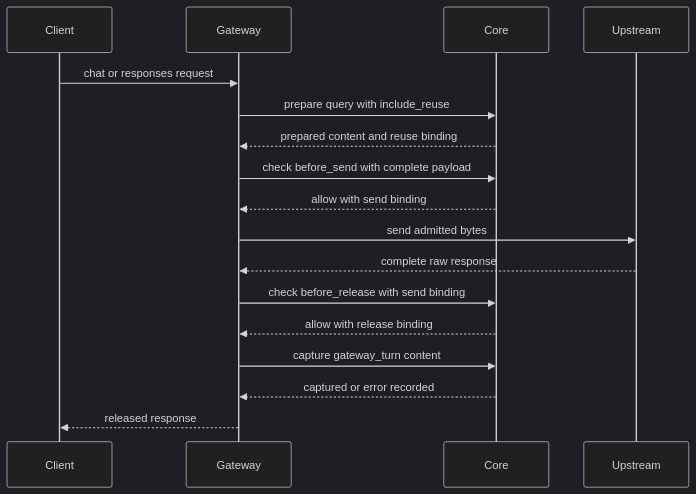
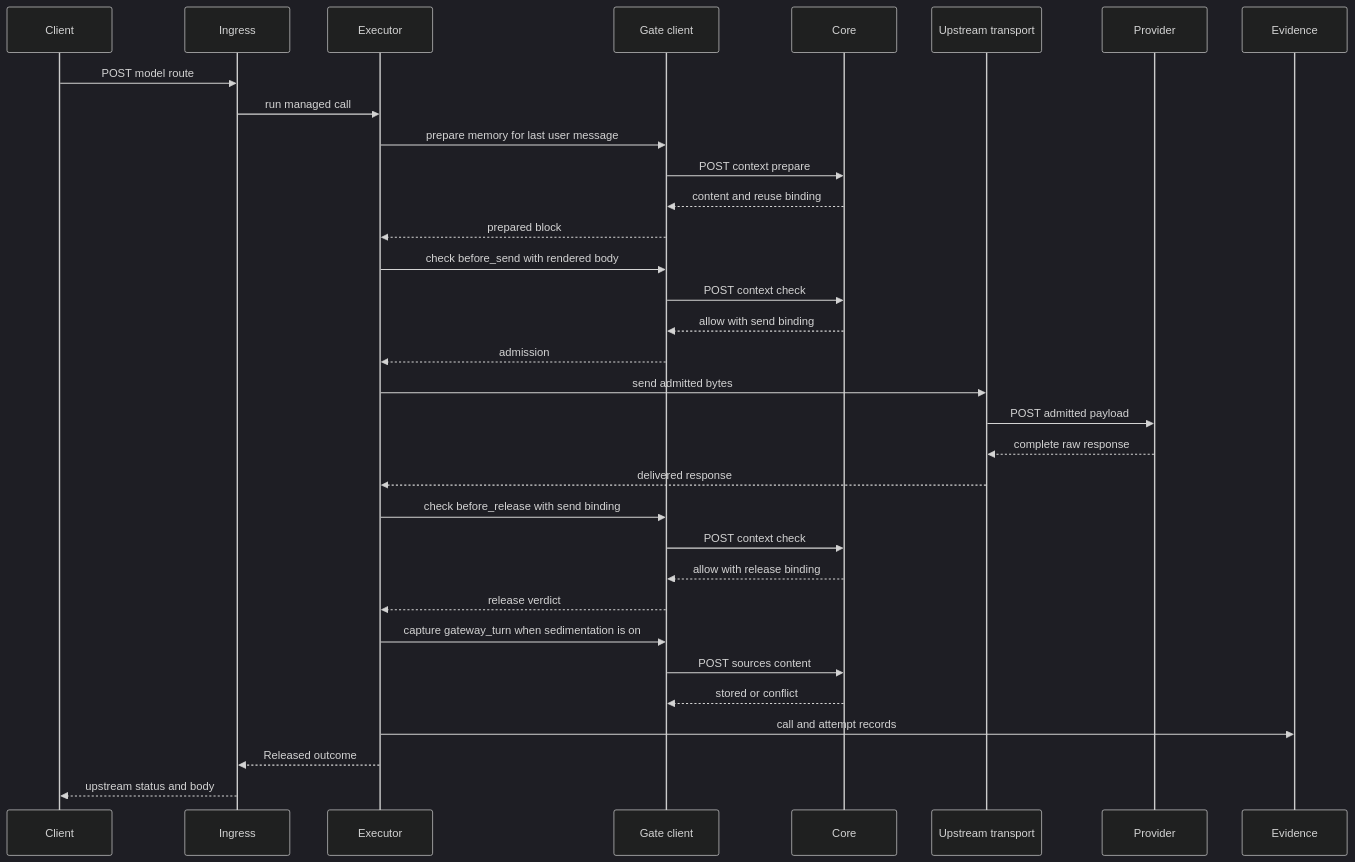
The first of 2 diagrams in openwiki/architecture/gateway.md (vieGPT/powercontext-enigma-agent-memory), drawn with Mermaid (dark theme) before and after one commit. The commit also changed other lines of this file and 69 other files, not shown here.

````diff
--- a/openwiki/architecture/gateway.md
+++ b/openwiki/architecture/gateway.md
@@ -76,19 +86,35 @@
 ```mermaid
 sequenceDiagram
     participant Client
-    participant Gateway
+    participant Ingress
+    participant Executor
+    participant GC as Gate client
     participant Core
-    participant Upstream
-    Client->>Gateway: chat or responses request
-    Gateway->>Core: prepare query with include_reuse
-    Core-->>Gateway: prepared content and reuse binding
-    Gateway->>Core: check before_send with complete payload
-    Core-->>Gateway: allow with send binding
-    Gateway->>Upstream: send admitted bytes
-    Upstream-->>Gateway: complete raw response
-    Gateway->>Core: check before_release with send binding
-    Core-->>Gateway: allow with release binding
-    Gateway->>Core: capture gateway_turn content
-    Core-->>Gateway: captured or error recorded
-    Gateway-->>Client: released response
+    participant TX as Upstream transport
+    participant Provider
+    participant Evidence
+    Client->>Ingress: POST model route
+    Ingress->>Executor: run managed call
+    Executor->>GC: prepare memory for last user message
+    GC->>Core: POST context prepare
+    Core-->>GC: content and reuse binding
+    GC-->>Executor: prepared block
+    Executor->>GC: check before_send with rendered body
+    GC->>Core: POST context check
+    Core-->>GC: allow with send binding
+    GC-->>Executor: admission
+    Executor->>TX: send admitted bytes
+    TX->>Provider: POST admitted payload
+    Provider-->>TX: complete raw response
+    TX-->>Executor: delivered response
+    Executor->>GC: check before_release with send binding
+    GC->>Core: POST context check
+    Core-->>GC: allow with release binding
+    GC-->>Executor: release verdict
+    Executor->>GC: capture gateway_turn when sedimentation is on
+    GC->>Core: POST sources content
+    Core-->>GC: stored or conflict
+    Executor->>Evidence: call and attempt records
+    Executor-->>Ingress: Released outcome
+    Ingress-->>Client: upstream status and body
 ```
````
